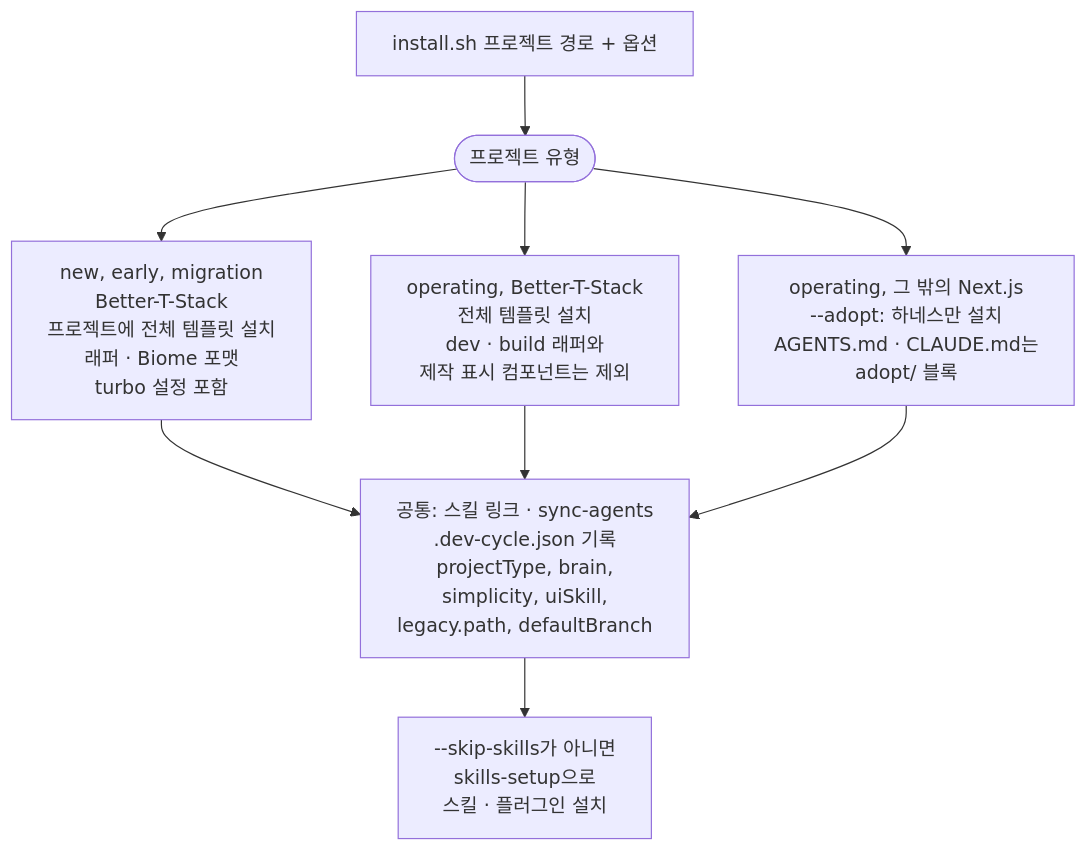
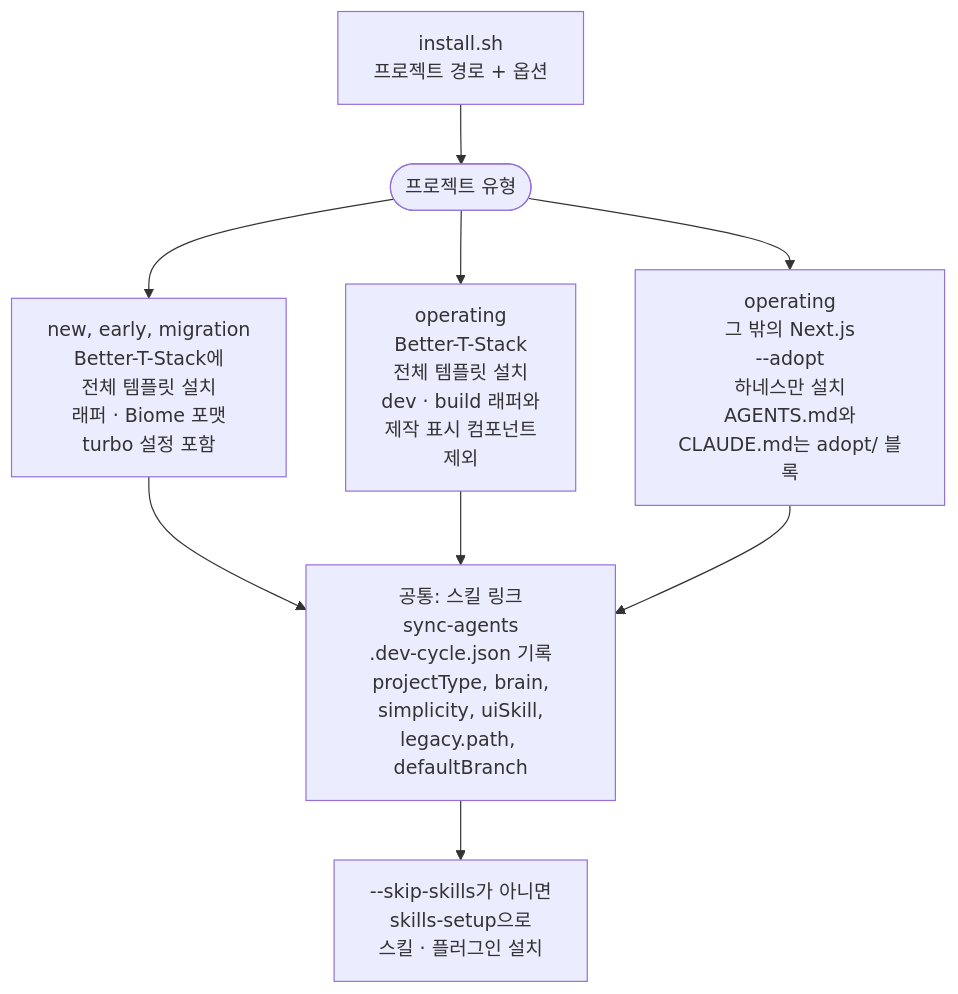
Before and after one commit to roadkwon-ai/pro-kit: the diagram in handbook/templates/installer.md, drawn with Mermaid.

Commit message:
docs: installer 도식이 홈페이지 본문 폭을 넘던 것을 줄을 나눠 좁힘
- 유형 갈래 상자 세 개의 긴 줄을 나눠 로컬 폭을 690px에서 603px로 줄임

````diff
--- a/handbook/templates/installer.md
+++ b/handbook/templates/installer.md
@@ -55,16 +55,16 @@
 ```mermaid
 ---
 config:
   flowchart:
-    wrappingWidth: 230
+    wrappingWidth: 200
 ---
 flowchart TB
-  S["install.sh 프로젝트 경로 + 옵션"] --> T(["프로젝트 유형"])
-  T --> B["new, early, migration<br/>Better-T-Stack<br/>프로젝트에 전체 템플릿 설치<br/>래퍼 · Biome 포맷<br/>turbo 설정 포함"]
-  T --> O["operating, Better-T-Stack<br/>전체 템플릿 설치<br/>dev · build 래퍼와<br/>제작 표시 컴포넌트는 제외"]
-  T --> A["operating, 그 밖의 Next.js<br/>--adopt: 하네스만 설치<br/>AGENTS.md · CLAUDE.md는<br/>adopt/ 블록"]
-  B --> R["공통: 스킬 링크 · sync-agents<br/>.dev-cycle.json 기록<br/>projectType, brain,<br/>simplicity, uiSkill,<br/>legacy.path, defaultBranch"]
+  S["install.sh<br/>프로젝트 경로 + 옵션"] --> T(["프로젝트 유형"])
+  T --> B["new, early, migration<br/>Better-T-Stack에<br/>전체 템플릿 설치<br/>래퍼 · Biome 포맷<br/>turbo 설정 포함"]
+  T --> O["operating<br/>Better-T-Stack<br/>전체 템플릿 설치<br/>dev · build 래퍼와<br/>제작 표시 컴포넌트<br/>제외"]
+  T --> A["operating<br/>그 밖의 Next.js<br/>--adopt<br/>하네스만 설치<br/>AGENTS.md와<br/>CLAUDE.md는 adopt/ 블록"]
+  B --> R["공통: 스킬 링크<br/>sync-agents<br/>.dev-cycle.json 기록<br/>projectType, brain,<br/>simplicity, uiSkill,<br/>legacy.path, defaultBranch"]
   O --> R
   A --> R
   R --> K["--skip-skills가 아니면<br/>skills-setup으로<br/>스킬 · 플러그인 설치"]
 ```
````
